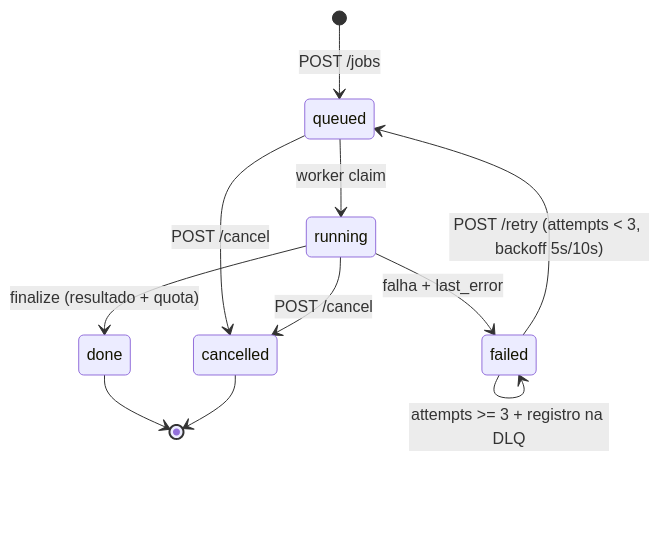
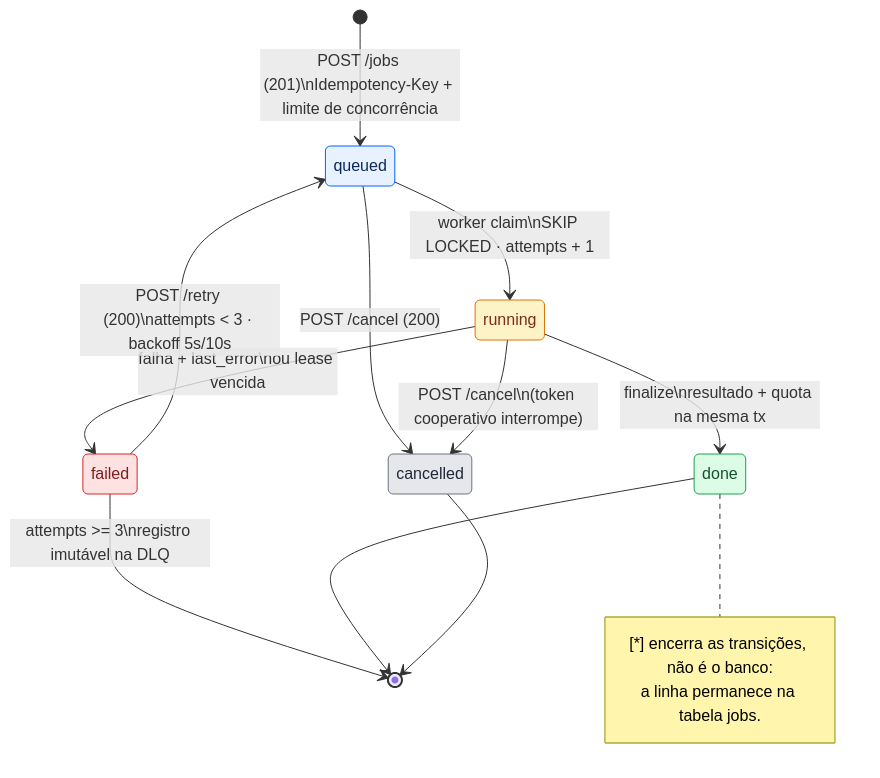
Before and after one commit to vinnedev/case-fullstack-senior: the second of 4 diagrams in docs/README.md, drawn with Mermaid. The commit also changed other lines of this file and 6 other files, not shown here.

````diff
--- a/docs/README.md
+++ b/docs/README.md
@@ -53,13 +62,33 @@
 ```mermaid
 stateDiagram-v2
-    [*] --> queued : POST /jobs
-    queued --> running : worker claim
-    queued --> cancelled : POST /cancel
-    running --> done : finalize (resultado + quota)
-    running --> cancelled : POST /cancel
-    running --> failed : falha + last_error
-    failed --> queued : POST /retry (attempts < 3, backoff 5s/10s)
-    failed --> failed : attempts >= 3 + registro na DLQ
+    [*] --> queued : POST /jobs (201)\nIdempotency-Key + limite de concorrência
+
+    queued --> running : worker claim\nSKIP LOCKED · attempts + 1
+    queued --> cancelled : POST /cancel (200)
+
+    running --> done : finalize\nresultado + quota na mesma tx
+    running --> cancelled : POST /cancel\n(token cooperativo interrompe)
+    running --> failed : falha + last_error\nou lease vencida
+
+    failed --> queued : POST /retry (200)\nattempts < 3 · backoff 5s/10s
+    failed --> [*] : attempts >= 3\nregistro imutável na DLQ
+
     done --> [*]
     cancelled --> [*]
+
+    note right of done
+        [*] encerra as transições, não é o banco:
+        a linha permanece na tabela jobs.
+    end note
+
+    classDef sQueued fill:#E8F1FF,stroke:#0065FF,color:#0B2A5B
+    classDef sRunning fill:#FEF3C7,stroke:#D97706,color:#7C2D12
+    classDef sDone fill:#DCFCE7,stroke:#16A34A,color:#14532D
+    classDef sFailed fill:#FEE2E2,stroke:#DC2626,color:#7F1D1D
+    classDef sCancelled fill:#E5E7EB,stroke:#6B7280,color:#1F2937
+    class queued sQueued
+    class running sRunning
+    class done sDone
+    class failed sFailed
+    class cancelled sCancelled
 ```
````
